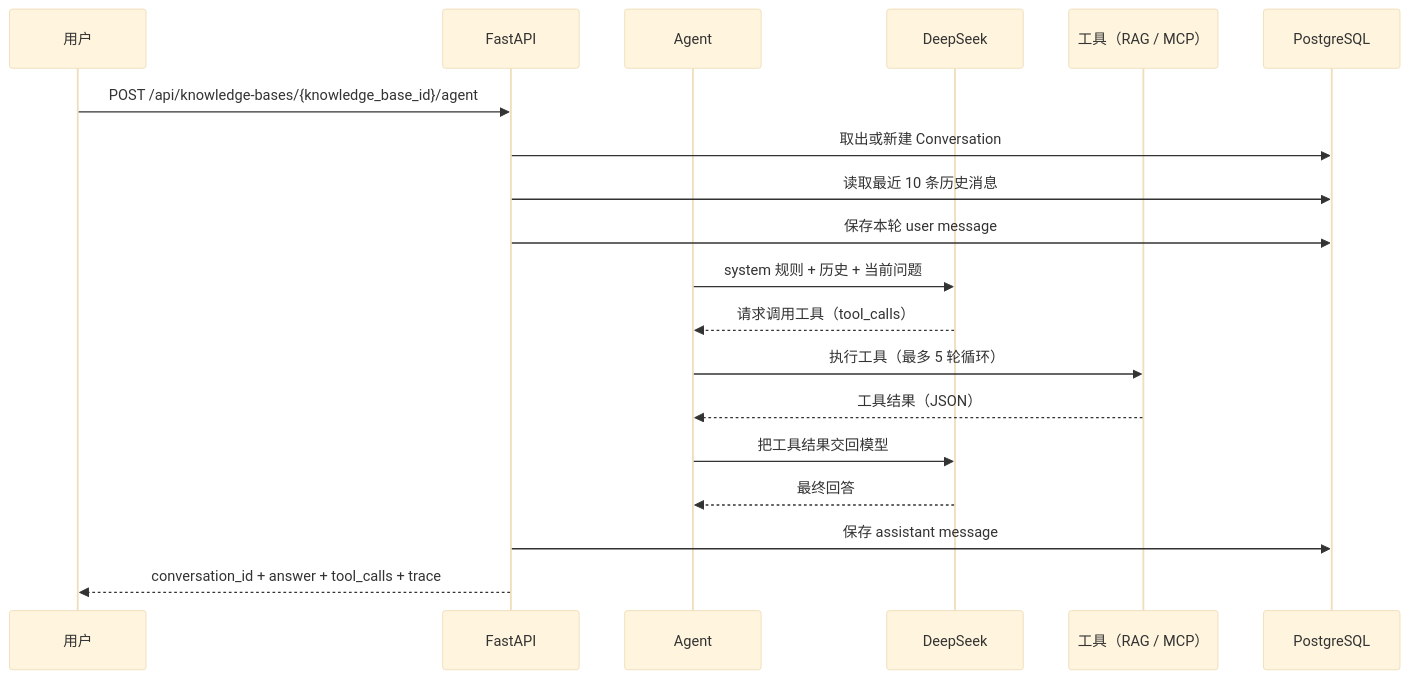
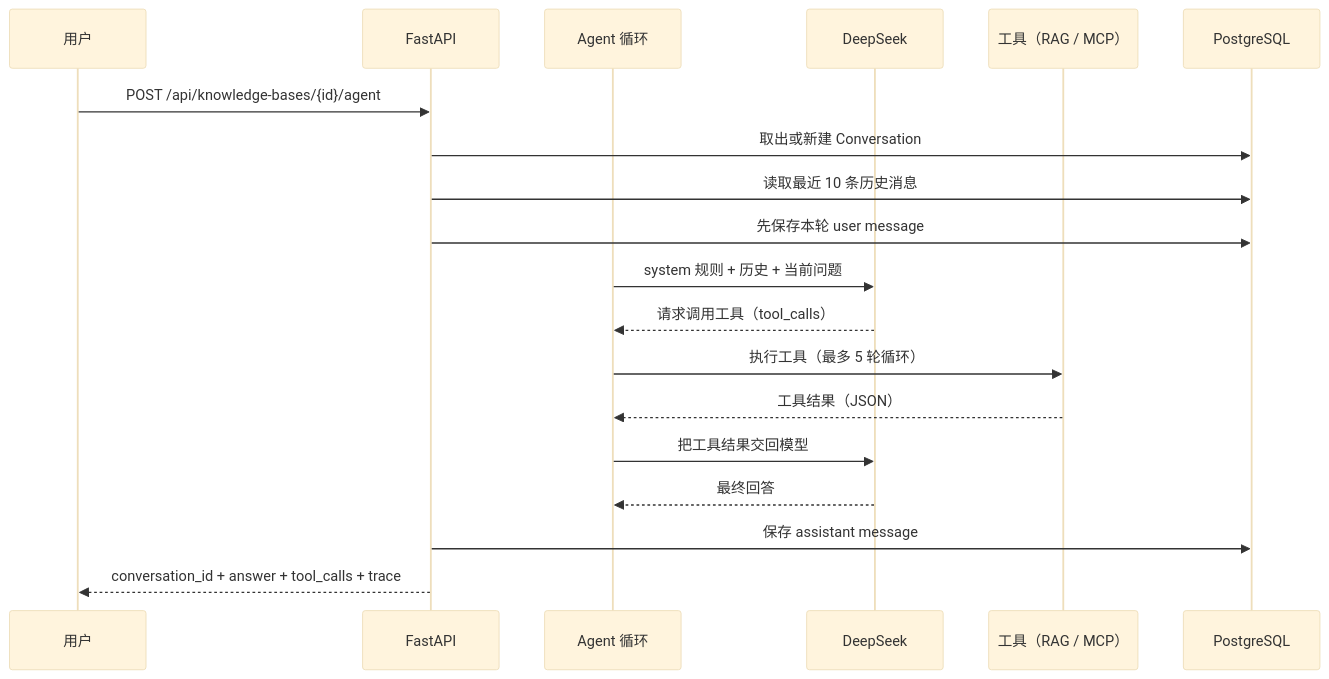
The second of 3 diagrams in README.md (lh350-clou/ai-agent-platform), drawn with Mermaid (base theme) before and after one commit. The commit also changed other lines of this file, not shown here.

````diff
--- a/README.md
+++ b/README.md
@@ -115,26 +142,22 @@
 ```mermaid
 sequenceDiagram
     participant U as 用户
     participant API as FastAPI
-    participant A as Agent
+    participant A as Agent 循环
     participant D as DeepSeek
     participant T as 工具（RAG / MCP）
     participant DB as PostgreSQL
 
-    U->>API: POST /api/knowledge-bases/{knowledge_base_id}/agent
+    U->>API: POST /api/knowledge-bases/{id}/agent
     API->>DB: 取出或新建 Conversation
     API->>DB: 读取最近 10 条历史消息
-    API->>DB: 保存本轮 user message
-
+    API->>DB: 先保存本轮 user message
     A->>D: system 规则 + 历史 + 当前问题
     D-->>A: 请求调用工具（tool_calls）
-
     A->>T: 执行工具（最多 5 轮循环）
     T-->>A: 工具结果（JSON）
-
     A->>D: 把工具结果交回模型
     D-->>A: 最终回答
-
     API->>DB: 保存 assistant message
     API-->>U: conversation_id + answer + tool_calls + trace
 ```
````
